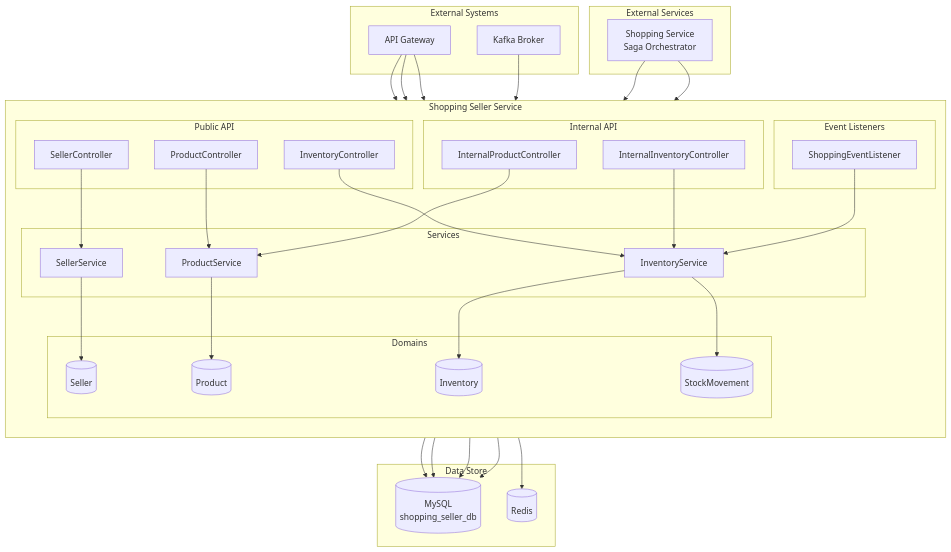
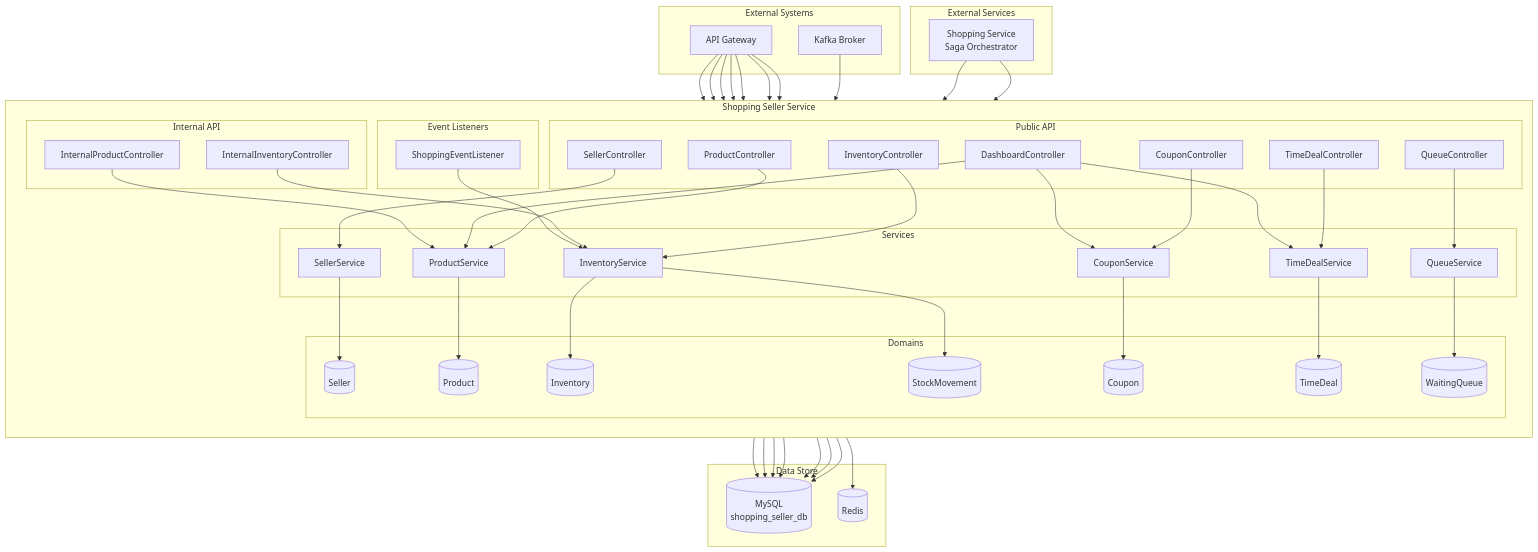
The first of 3 diagrams in docs/architecture/shopping-seller-service/system-overview.md (L-a-z-e/portal-universe), drawn with Mermaid before and after one commit. The commit also changed other lines of this file and 38 other files, not shown here.

First line of the commit message:
feat(shopping-seller): implement Coupon, TimeDeal, Queue, Dashboard, StockMovement domains

````diff
--- a/docs/architecture/shopping-seller-service/system-overview.md
+++ b/docs/architecture/shopping-seller-service/system-overview.md
@@ -50,6 +50,10 @@
             C1[SellerController]
             C2[ProductController]
             C3[InventoryController]
+            C4[CouponController]
+            C5[TimeDealController]
+            C6[QueueController]
+            C7[DashboardController]
         end
 
         subgraph "Internal API"
@@ -61,6 +65,9 @@
             S1[SellerService]
             S2[ProductService]
             S3[InventoryService]
+            S4[CouponService]
+            S5[TimeDealService]
+            S6[QueueService]
         end
 
         subgraph "Event Listeners"
@@ -72,6 +79,9 @@
             D2[(Product)]
             D3[(Inventory)]
             D4[(StockMovement)]
+            D5[(Coupon)]
+            D6[(TimeDeal)]
+            D7[(WaitingQueue)]
         end
     end
 
@@ -84,12 +94,16 @@
         RD[(Redis)]
     end
 
-    A --> C1 & C2 & C3
+    A --> C1 & C2 & C3 & C4 & C5 & C6 & C7
     SS --> IC1 & IC2
 
     C1 --> S1
     C2 --> S2
     C3 --> S3
+    C4 --> S4
+    C5 --> S5
+    C6 --> S6
+    C7 --> S2 & S4 & S5
     IC1 --> S2
     IC2 --> S3
 
@@ -100,7 +114,10 @@
     S2 --> D2
     S3 --> D3
     S3 --> D4
+    S4 --> D5
+    S5 --> D6
+    S6 --> D7
 
-    D1 & D2 & D3 & D4 --> DB
+    D1 & D2 & D3 & D4 & D5 & D6 & D7 --> DB
     S3 --> RD
 ```
````
